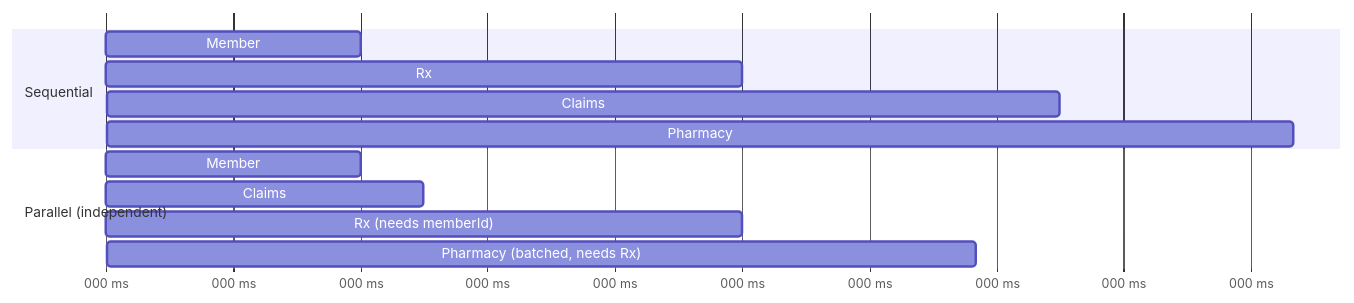
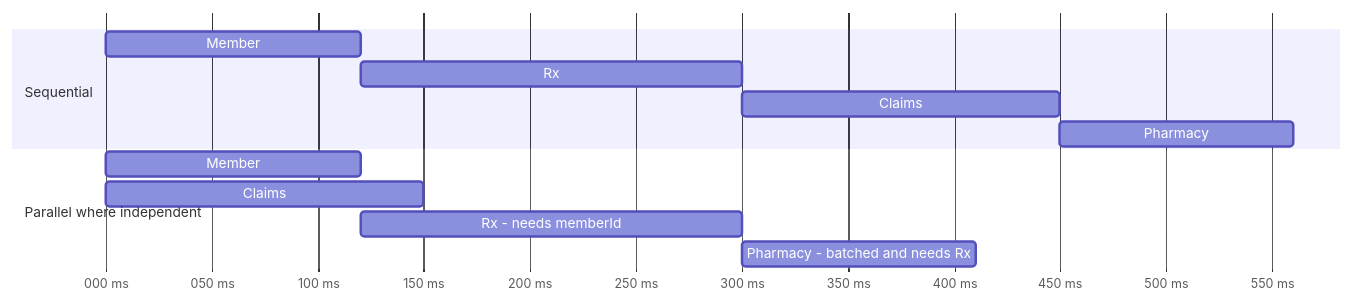
Before and after one commit to vishalhulawale/knowledge-base: the second of 2 diagrams in docs/graphql/05-aggregating-multiple-upstream-systems-orchestration-timeouts.md, drawn with Mermaid. The commit also changed other lines of this file and 5 other files, not shown here.

First line of the commit message:
docs(graphql): independent fact-check of pages 04-09

````diff
--- a/docs/graphql/05-aggregating-multiple-upstream-systems-orchestration-timeouts.md
+++ b/docs/graphql/05-aggregating-multiple-upstream-systems-orchestration-timeouts.md
@@ -40,15 +40,15 @@
 ```mermaid
 gantt
-    dateFormat X
+    dateFormat x
     axisFormat %L ms
     section Sequential
     Member      :0, 120
     Rx          :120, 300
     Claims      :300, 450
     Pharmacy    :450, 560
-    section Parallel (independent)
+    section Parallel where independent
     Member      :0, 120
     Claims      :0, 150
-    Rx (needs memberId) :120, 300
-    Pharmacy (batched, needs Rx) :300, 410
+    Rx - needs memberId :120, 300
+    Pharmacy - batched and needs Rx :300, 410
 ```
````
